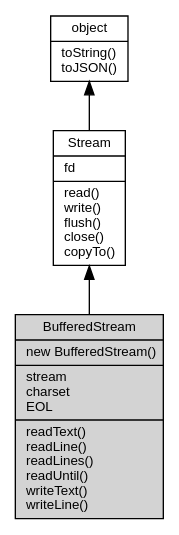
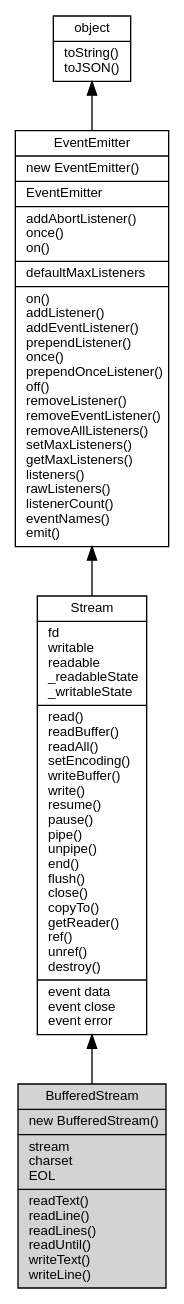
The diagram in docs/manual/object/ifs/BufferedStream.md (fibjs/fibjs.org), drawn with Graphviz before and after one commit. The commit also changed other lines of this file and 148 other files, not shown here.

First line of the commit message:
feat: add ZlibCodec documentation and update object graph

````diff
--- a/docs/manual/object/ifs/BufferedStream.md
+++ b/docs/manual/object/ifs/BufferedStream.md
@@ -43,12 +43,14 @@
 ```dot
 digraph {
     node [fontname="Helvetica,sans-Serif", fontsize=10, shape="record", style="filled", fillcolor="white"];
 
     object [tooltip="object", URL="object.md", label="{object|toString()\ltoJSON()\l}"];
-    Stream [tooltip="Stream", URL="Stream.md", label="{Stream|fd\l|read()\lwrite()\lflush()\lclose()\lcopyTo()\l}"];
+    EventEmitter [tooltip="EventEmitter", URL="EventEmitter.md", label="{EventEmitter|new EventEmitter()\l|EventEmitter\l|addAbortListener()\lonce()\lon()\l|defaultMaxListeners\l|on()\laddListener()\laddEventListener()\lprependListener()\lonce()\lprependOnceListener()\loff()\lremoveListener()\lremoveEventListener()\lremoveAllListeners()\lsetMaxListeners()\lgetMaxListeners()\llisteners()\lrawListeners()\llistenerCount()\leventNames()\lemit()\l}"];
+    Stream [tooltip="Stream", URL="Stream.md", label="{Stream|fd\lwritable\lreadable\l_readableState\l_writableState\l|read()\lreadBuffer()\lreadAll()\lsetEncoding()\lwriteBuffer()\lwrite()\lresume()\lpause()\lpipe()\lunpipe()\lend()\lflush()\lclose()\lcopyTo()\lgetReader()\lref()\lunref()\ldestroy()\l|event data\levent close\levent error\l}"];
     BufferedStream [tooltip="BufferedStream", fillcolor="lightgray", id="me", label="{BufferedStream|new BufferedStream()\l|stream\lcharset\lEOL\l|readText()\lreadLine()\lreadLines()\lreadUntil()\lwriteText()\lwriteLine()\l}"];
 
-    object -> Stream [dir=back];
+    object -> EventEmitter [dir=back];
+    EventEmitter -> Stream [dir=back];
     Stream -> BufferedStream [dir=back];
 }
 ```
````
